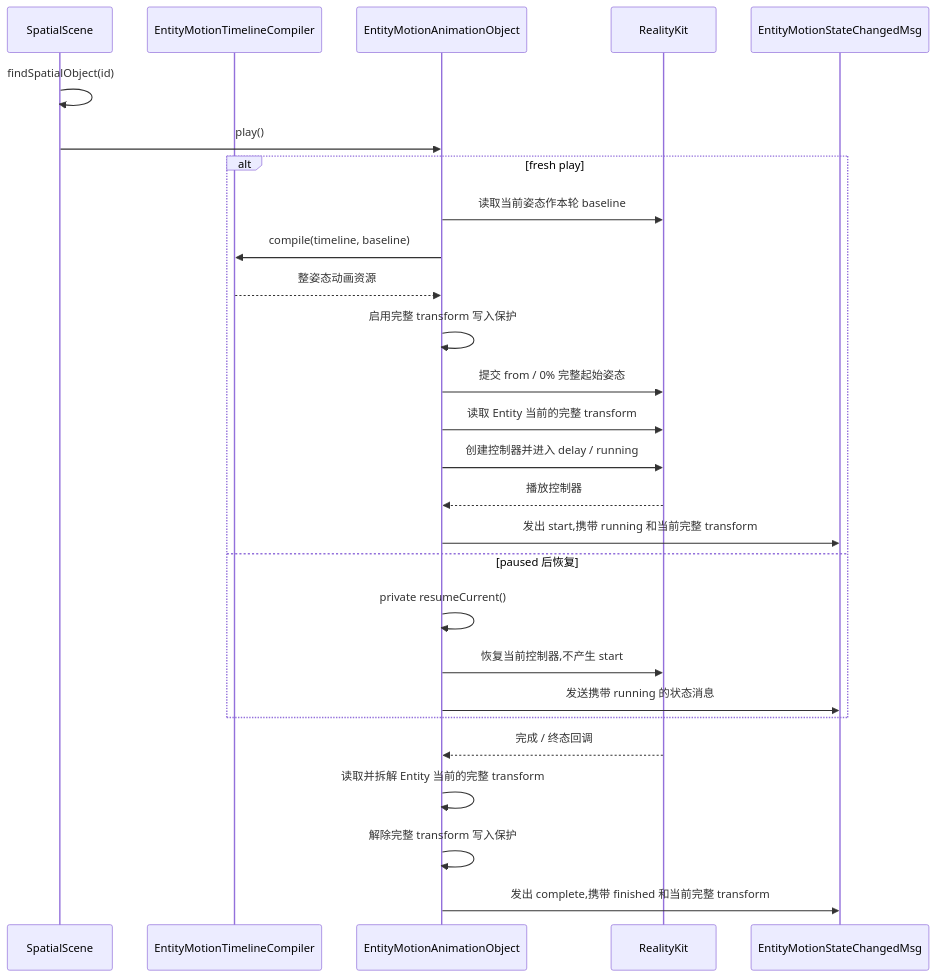
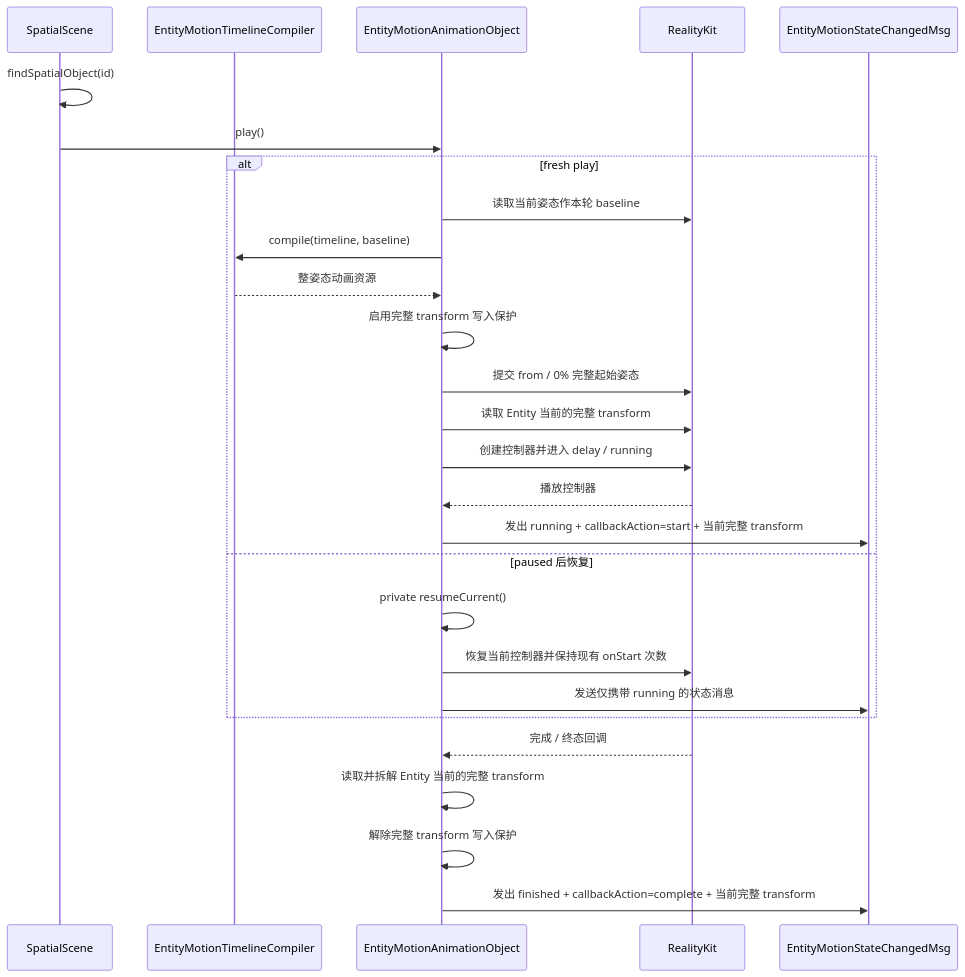
Diagram 11 of 14 in openspec/changes/redesign-entity-motion-api/design.zh.md (webspatial/webspatial-sdk), drawn with Mermaid before and after one commit. The commit also changed other lines of this file and 5 other files, not shown here.

````diff
--- a/openspec/changes/redesign-entity-motion-api/design.zh.md
+++ b/openspec/changes/redesign-entity-motion-api/design.zh.md
@@ -1231,30 +1233,30 @@
 ```mermaid
 sequenceDiagram
     participant Scene as SpatialScene
     participant Compiler as EntityMotionTimelineCompiler
     participant Obj as EntityMotionAnimationObject
     participant RK as RealityKit
     participant Event as EntityMotionStateChangedMsg
 
     Scene->>Scene: findSpatialObject(id)
     Scene->>Obj: play()
     alt fresh play
         Obj->>RK: 读取当前姿态作本轮 baseline
         Obj->>Compiler: compile(timeline, baseline)
         Compiler-->>Obj: 整姿态动画资源
         Obj->>Obj: 启用完整 transform 写入保护
         Obj->>RK: 提交 from / 0% 完整起始姿态
         Obj->>RK: 读取 Entity 当前的完整 transform
         Obj->>RK: 创建控制器并进入 delay / running
         RK-->>Obj: 播放控制器
-        Obj->>Event: 发出 start,携带 running 和当前完整 transform
+        Obj->>Event: 发出 running + callbackAction=start + 当前完整 transform
     else paused 后恢复
         Obj->>Obj: private resumeCurrent()
-        Obj->>RK: 恢复当前控制器,不产生 start
-        Obj->>Event: 发送携带 running 的状态消息
+        Obj->>RK: 恢复当前控制器并保持现有 onStart 次数
+        Obj->>Event: 发送仅携带 running 的状态消息
     end
     RK-->>Obj: 完成 / 终态回调
     Obj->>Obj: 读取并拆解 Entity 当前的完整 transform
     Obj->>Obj: 解除完整 transform 写入保护
-    Obj->>Event: 发出 complete,携带 finished 和当前完整 transform
+    Obj->>Event: 发出 finished + callbackAction=complete + 当前完整 transform
 ```
````
